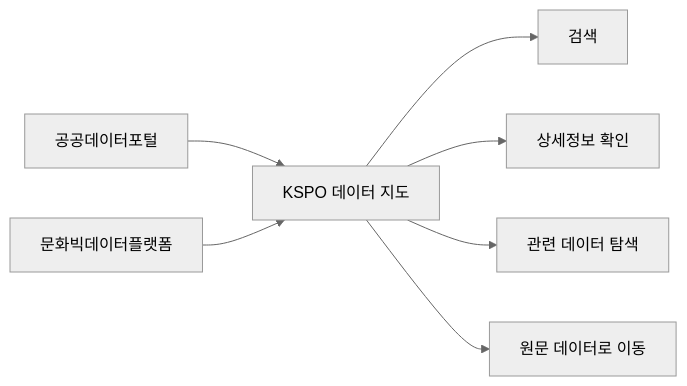
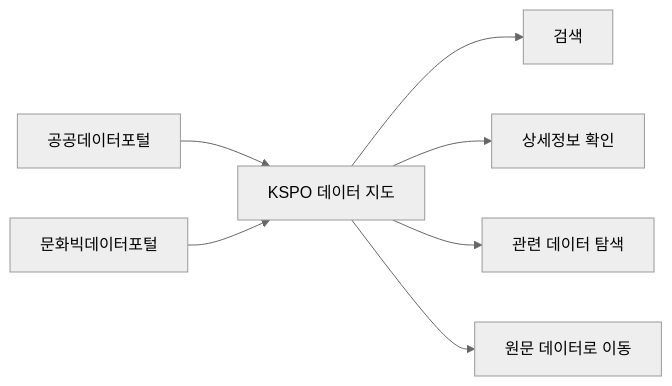
Before and after one commit to pinkshark1/kspo_data_explorer: the first of 5 diagrams in README.md, drawn with Mermaid (neutral theme). The commit also changed other lines of this file and 28 other files, not shown here.

````diff
--- a/README.md
+++ b/README.md
@@ -39,9 +39,9 @@
 ```mermaid
 flowchart LR
     A[공공데이터포털] --> D[KSPO 데이터 지도]
-    B[문화빅데이터플랫폼] --> D
+    B[문화빅데이터포털] --> D
     D --> E[검색]
     D --> F[상세정보 확인]
     D --> G[관련 데이터 탐색]
     D --> H[원문 데이터로 이동]
 ```
````
